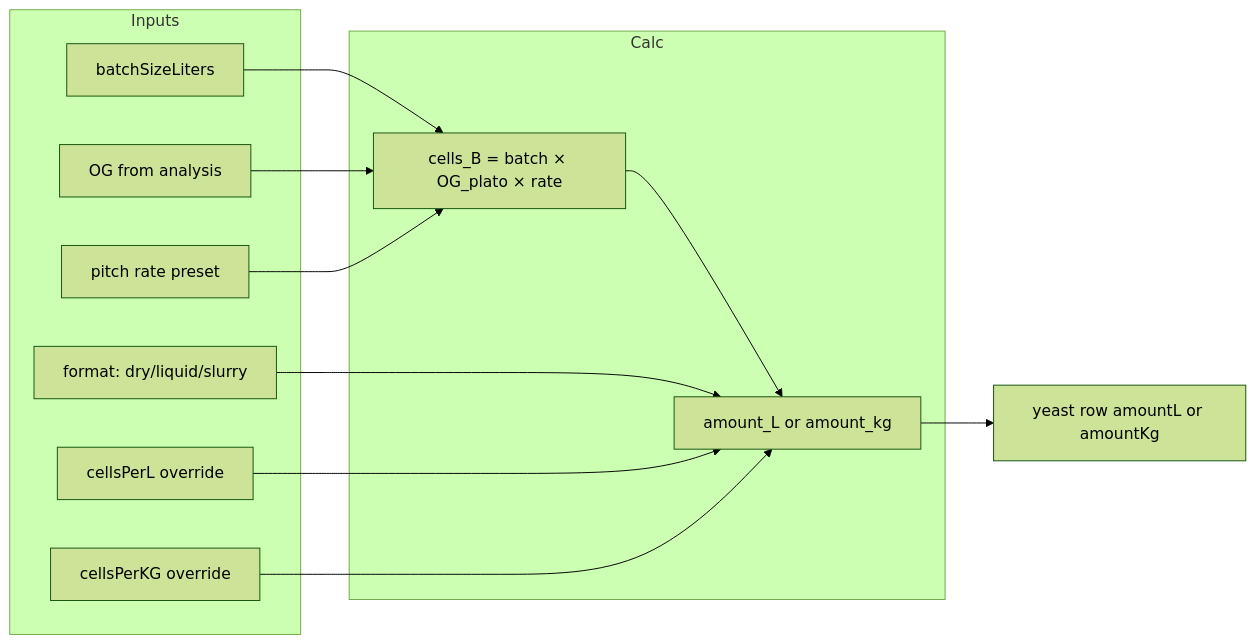
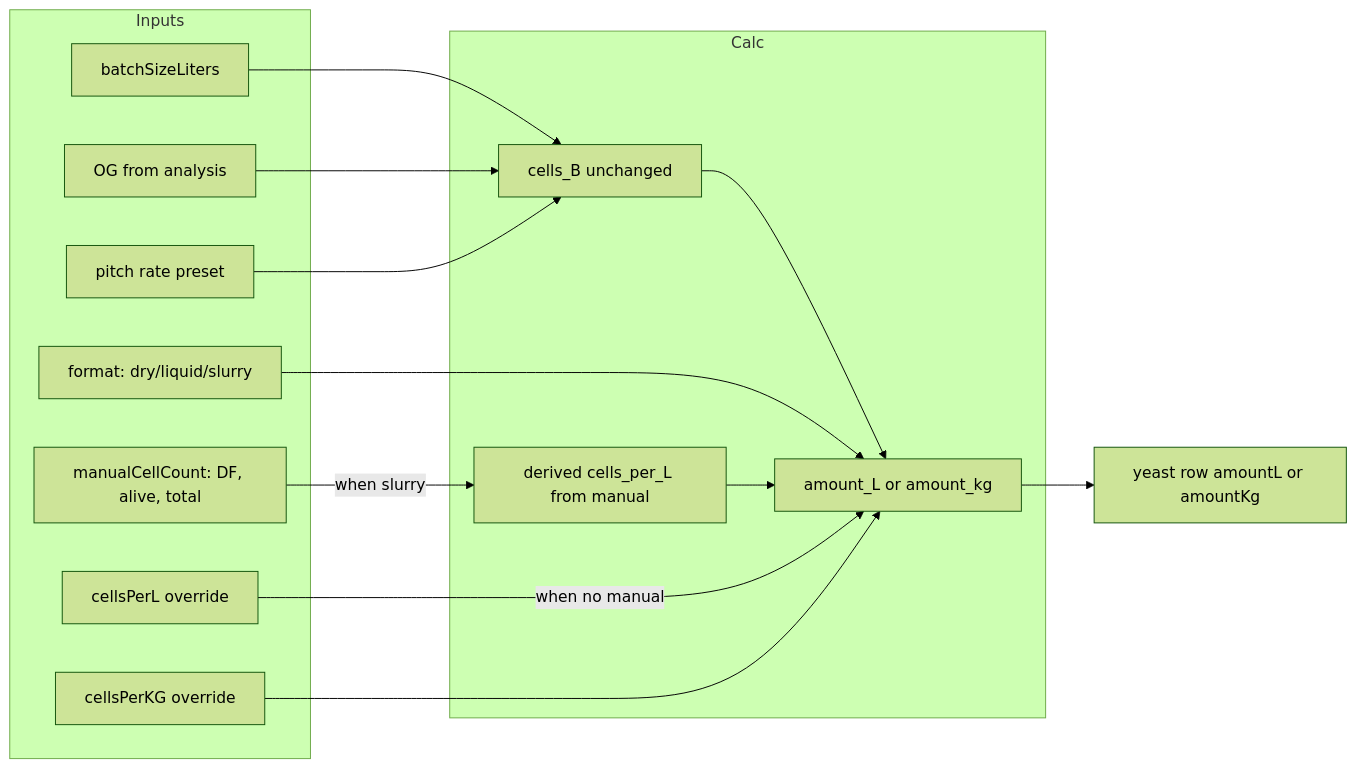
Before and after one commit to umbraculum-dev/umbraculum-dev: the diagram in docs/YEAST-MATH.md, drawn with Mermaid (forest theme). The commit also changed other lines of this file and 10 other files, not shown here.

Commit message:
bapp: improving yeast page for manual cell counts calculation.

````diff
--- a/docs/YEAST-MATH.md
+++ b/docs/YEAST-MATH.md
@@ -74,23 +91,27 @@
 ```mermaid
 flowchart LR
   subgraph Inputs
     batchSize[batchSizeLiters]
     analysisOg[OG from analysis]
     pitchRate[pitch rate preset]
     format[format: dry/liquid/slurry]
     cellsPerL[cellsPerL override]
+    manualCount[manualCellCount: DF, alive, total]
     cellsPerKG[cellsPerKG override]
   end
   subgraph Calc
-    cellsB[cells_B = batch × OG_plato × rate]
+    cellsB[cells_B unchanged]
+    derivedCellsPerL[derived cells_per_L from manual]
     amount[amount_L or amount_kg]
   end
   batchSize --> cellsB
   analysisOg --> cellsB
   pitchRate --> cellsB
   cellsB --> amount
   format --> amount
-  cellsPerL --> amount
+  manualCount -->|when slurry| derivedCellsPerL
+  derivedCellsPerL --> amount
+  cellsPerL -->|when no manual| amount
   cellsPerKG --> amount
   amount --> RowState[yeast row amountL or amountKg]
 ```
````
